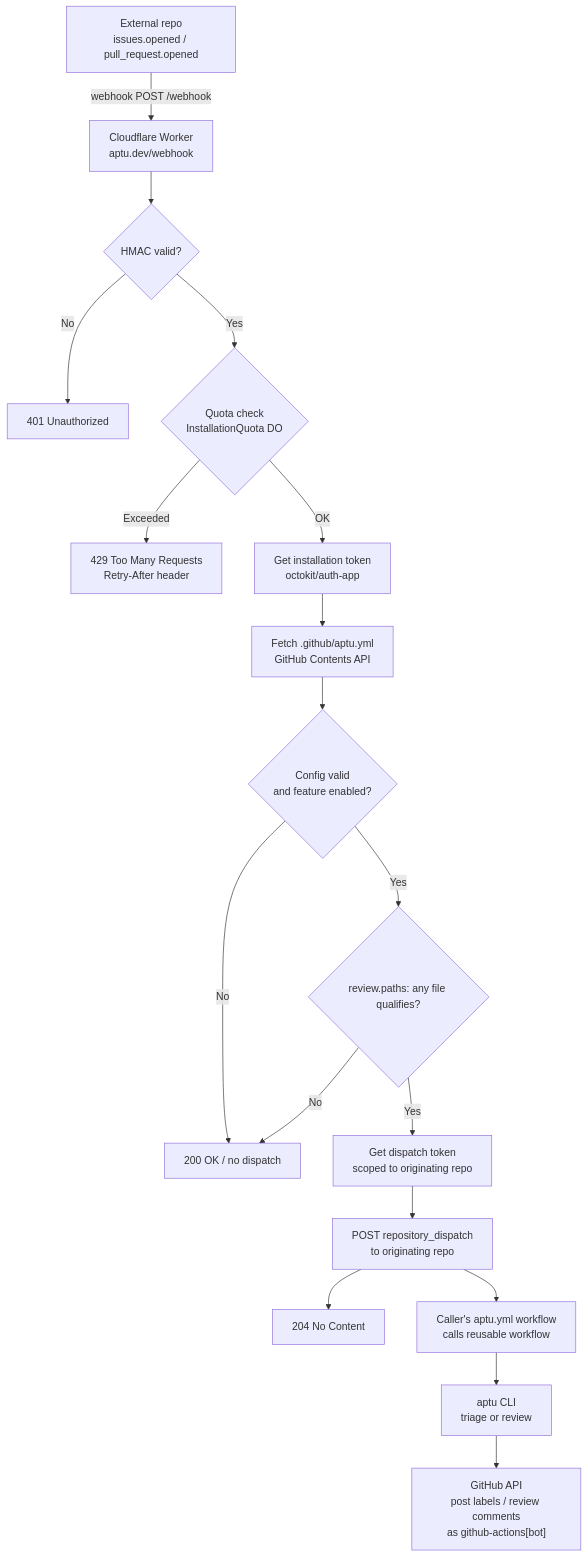
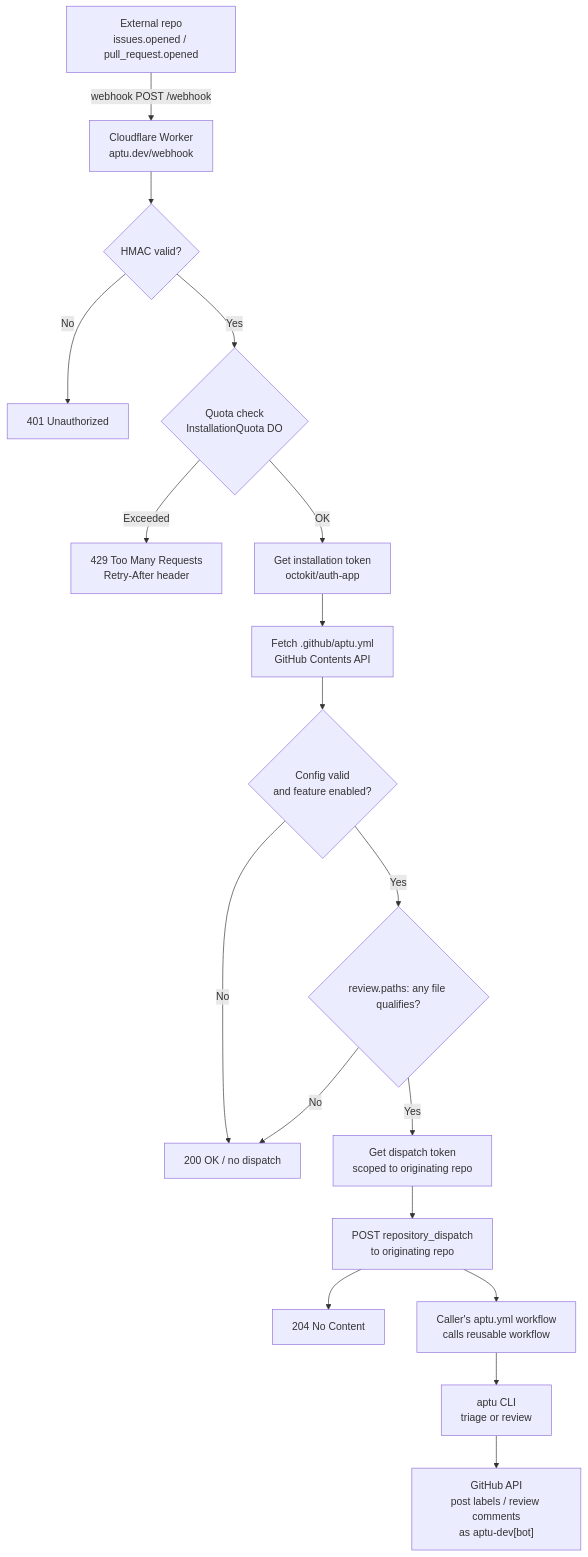
Before and after one commit to clouatre-labs/aptu-github-app: the first of 2 diagrams in docs/ARCHITECTURE.md, drawn with Mermaid. The commit also changed 3 other files, not shown here.

````diff
--- a/docs/ARCHITECTURE.md
+++ b/docs/ARCHITECTURE.md
@@ -88,20 +88,20 @@
 ```mermaid
 graph TD
     A["External repo<br/>issues.opened / pull_request.opened"] -->|"webhook POST /webhook"| B["Cloudflare Worker<br/>aptu.dev/webhook"]
     B --> C{"HMAC valid?"}
     C -->|No| D["401 Unauthorized"]
     C -->|Yes| E{"Quota check<br/>InstallationQuota DO"}
     E -->|Exceeded| F["429 Too Many Requests<br/>Retry-After header"]
     E -->|OK| G["Get installation token<br/>octokit/auth-app"]
     G --> H["Fetch .github/aptu.yml<br/>GitHub Contents API"]
     H --> I{"Config valid<br/>and feature enabled?"}
     I -->|No| J["200 OK / no dispatch"]
     I -->|Yes| K{"review.paths: any file qualifies?"}
     K -->|No| J
     K -->|Yes| L["Get dispatch token<br/>scoped to originating repo"]
     L --> M["POST repository_dispatch<br/>to originating repo"]
     M --> N["204 No Content"]
     M --> O["Caller's aptu.yml workflow<br/>calls reusable workflow"]
     O --> P["aptu CLI<br/>triage or review"]
-    P --> Q["GitHub API<br/>post labels / review comments<br/>as github-actions[bot]"]
+    P --> Q["GitHub API<br/>post labels / review comments<br/>as aptu-dev[bot]"]
 ```
````
